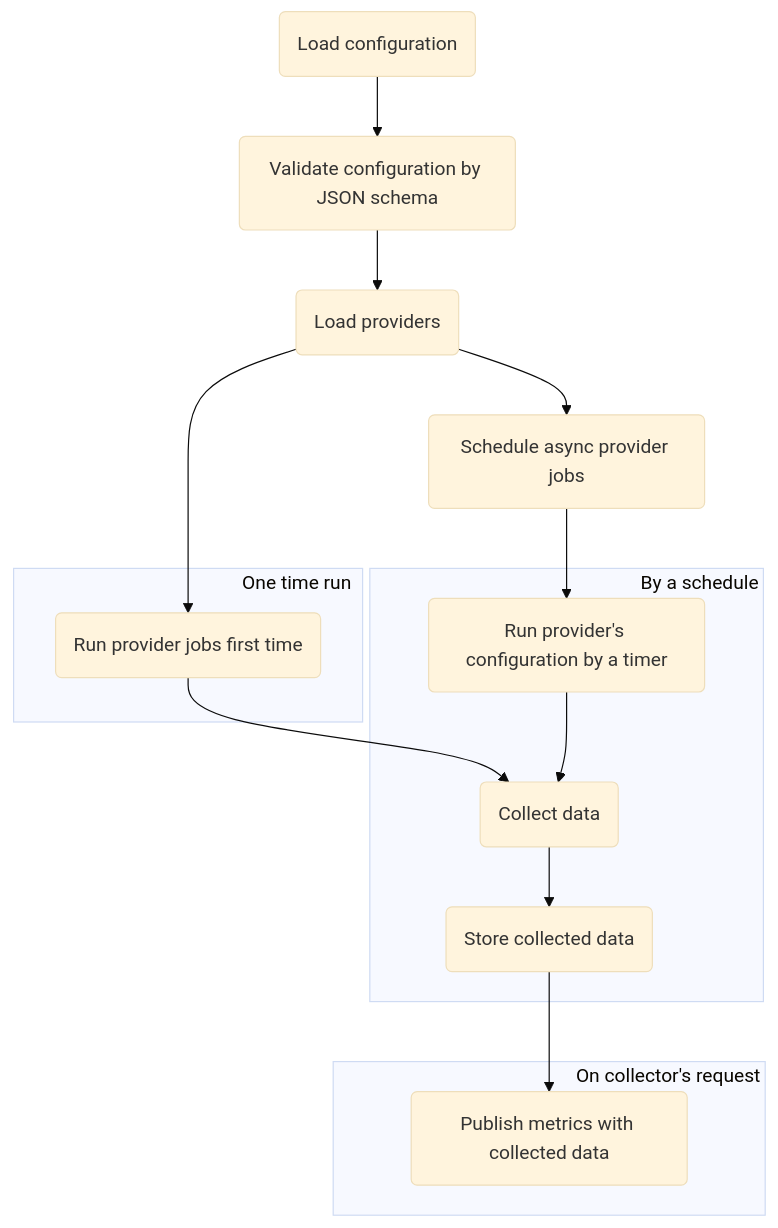
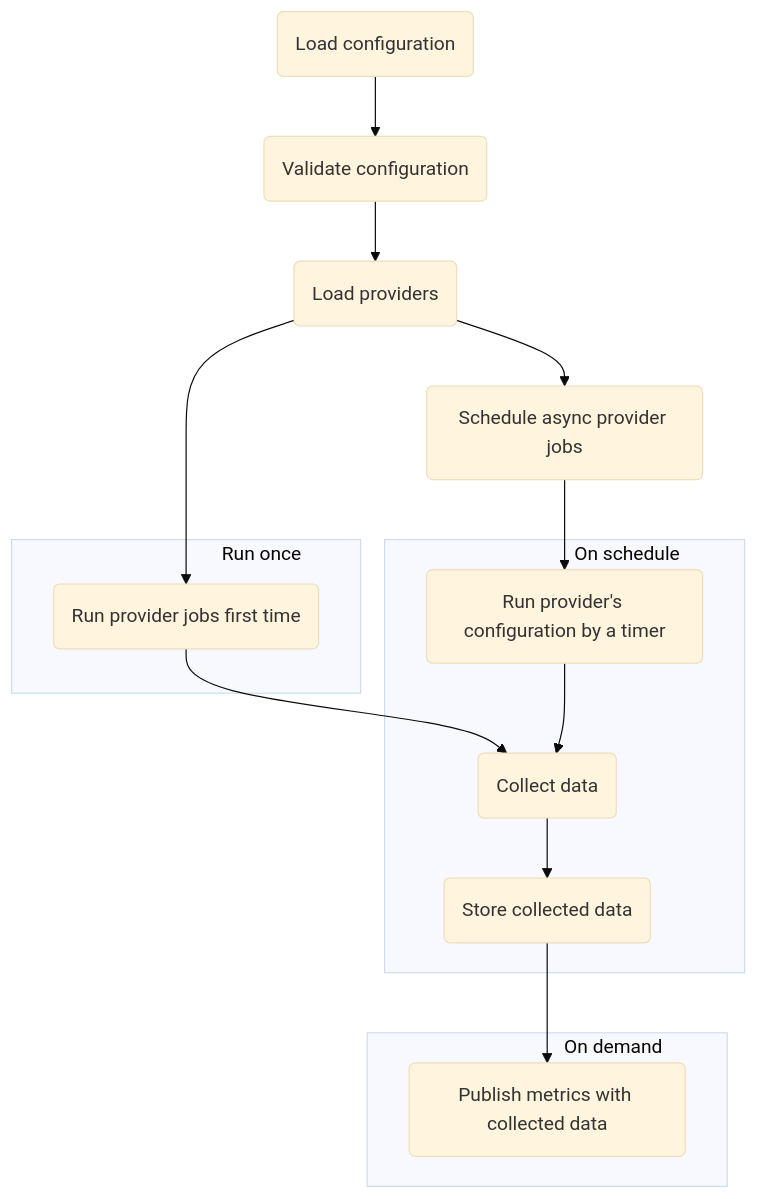
The diagram in README.md (freefd/ssp-exporter), drawn with Mermaid (base theme) before and after one commit.

Commit message:
ssp-exporter: update workflow diagram in README because of github mermaid renderer issues

````diff
--- a/README.md
+++ b/README.md
@@ -18,20 +18,20 @@
 ```mermaid
 flowchart TB
-    Step1(Load configuration) --> Step2(Validate configuration by JSON schema)
+    Step1(Load configuration) --> Step2(Validate configuration)
     Step2 --> Step3(Load providers)
     Step3 --> Step4(Schedule async provider jobs)
-    subgraph onetime_run ["<div style="width:17em; display:flex; justify-content: flex-end;">One time run</div>"]
+    subgraph onetime_run ["<div style="width:12em; display:flex; justify-content: flex-end;">Run once</div>"]
       Step5(Run provider jobs first time)
     end
     Step3 --> Step5
     Step5 --> Step8
     Step4 --> Step7
-    subgraph scheduler_loop ["<div style="width:20em; display:flex; justify-content: flex-end;">By a schedule</div>"]
+    subgraph scheduler_loop ["<div style="width:12em; display:flex; justify-content: flex-end;">On schedule</div>"]
         Step7(Run provider's configuration by a timer)--> Step8(Collect data)
         Step8 --> Step6(Store collected data)
     end
     Step6 --> Step9
-    subgraph metrics_loop ["<div style="width:22em; display:flex; justify-content: flex-end;">On collector's request</div>"]
+    subgraph metrics_loop ["<div style="width:12em; display:flex; justify-content: flex-end;">On demand</div>"]
         Step9(Publish metrics with collected data)
     end
 ```
````
